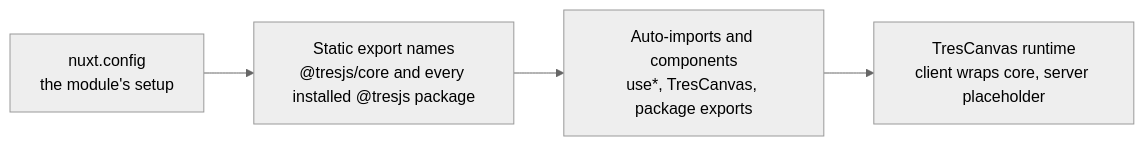
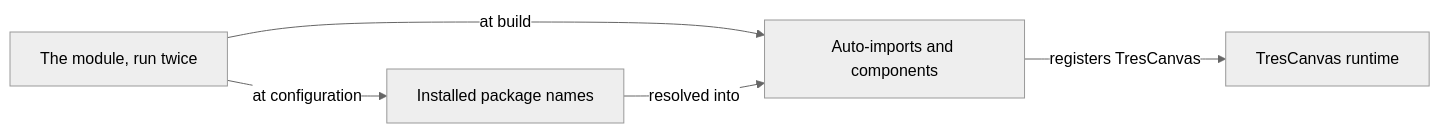
The diagram in openspec/specs/tresjs-nuxt/README.md (Esposter/Esposter), drawn with Mermaid (neutral theme) before and after one commit. The commit also changed 8 other files, not shown here.

````diff
--- a/openspec/specs/tresjs-nuxt/README.md
+++ b/openspec/specs/tresjs-nuxt/README.md
@@ -9,10 +9,8 @@
 ```mermaid
 flowchart LR
-  config["nuxt.config<br/>the module's setup"]
-  statics["Static export names<br/>@tresjs/core and every installed @tresjs package"]
-  registry["Auto-imports and components<br/>use*, TresCanvas, package exports"]
-  canvas["TresCanvas runtime<br/>client wraps core, server placeholder"]
-  config --> statics
-  statics --> registry
-  registry --> canvas
+  module["The module, run twice"]
+  module -->|"at configuration"| names["Installed package names"]
+  module -->|"at build"| registry["Auto-imports and components"]
+  names -->|"resolved into"| registry
+  registry -->|"registers TresCanvas"| canvas["TresCanvas runtime"]
 ```
````
